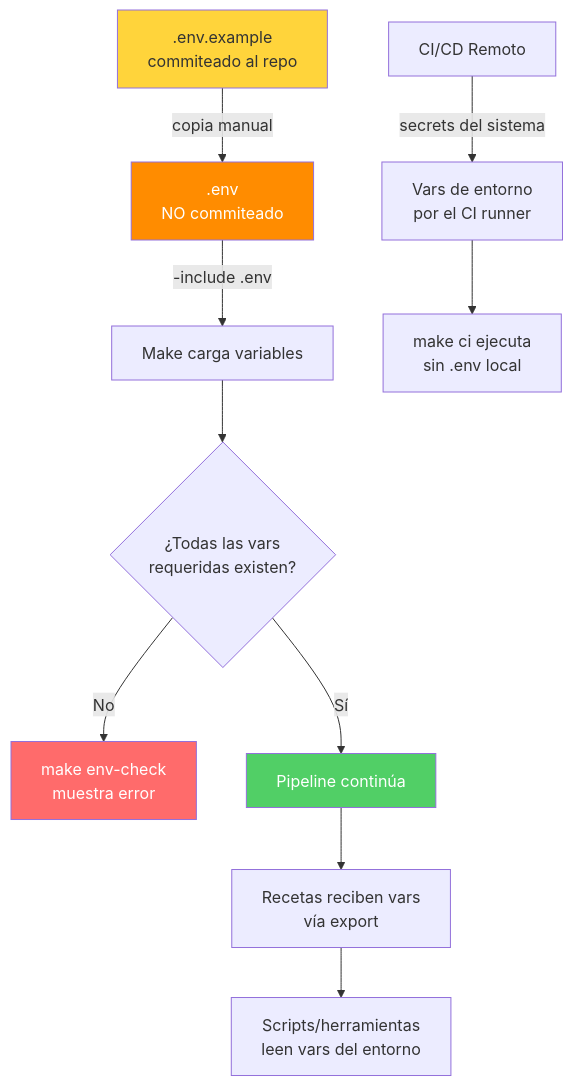
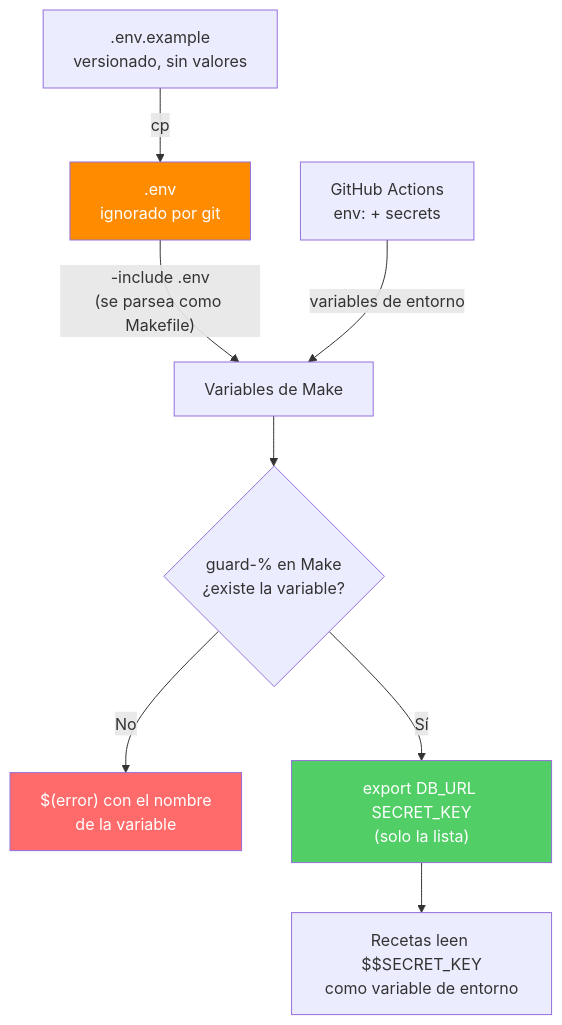
One commit to ergrato-dev/bc-makefile changed the diagram in bootcamp/week-12-make_como_orquestador_devops/0-assets/02-flujo-env-secrets.md. Above: the diagram before and after it, drawn with Mermaid. The commit also changed other lines of this file and 110 other files, not shown here.

````diff
--- a/bootcamp/week-12-make_como_orquestador_devops/0-assets/02-flujo-env-secrets.md
+++ b/bootcamp/week-12-make_como_orquestador_devops/0-assets/02-flujo-env-secrets.md
@@ -3,18 +3,14 @@
 ```mermaid
 flowchart TD
-    A[.env.example\ncommiteado al repo] -->|copia manual| B[.env\nNO commiteado]
-    B -->|-include .env| C[Make carga variables]
-    C --> D{¿Todas las vars\nrequeridas existen?}
-    D -->|No| E[make env-check\nmuestra error]
-    D -->|Sí| F[Pipeline continúa]
-    F --> G[Recetas reciben vars\nvía export]
-    G --> H[Scripts/herramientas\nleen vars del entorno]
-
-    I[CI/CD Remoto] -->|secrets del sistema| J[Vars de entorno\npor el CI runner]
-    J --> K[make ci ejecuta\nsin .env local]
+    A[".env.example<br/>versionado, sin valores"] -->|cp| B[".env<br/>ignorado por git"]
+    B -->|"-include .env<br/>(se parsea como Makefile)"| C[Variables de Make]
+    I["GitHub Actions<br/>env: + secrets"] -->|variables de entorno| C
+    C --> D{"guard-% en Make<br/>¿existe la variable?"}
+    D -->|No| E["$(error) con el nombre<br/>de la variable"]
+    D -->|Sí| F["export DB_URL SECRET_KEY<br/>(solo la lista)"]
+    F --> G["Recetas leen $$SECRET_KEY<br/>como variable de entorno"]
 
     style E fill:#ff6b6b,color:#fff
     style F fill:#51cf66,color:#fff
-    style A fill:#ffd43b
     style B fill:#ff8c00,color:#fff
 ```
````
